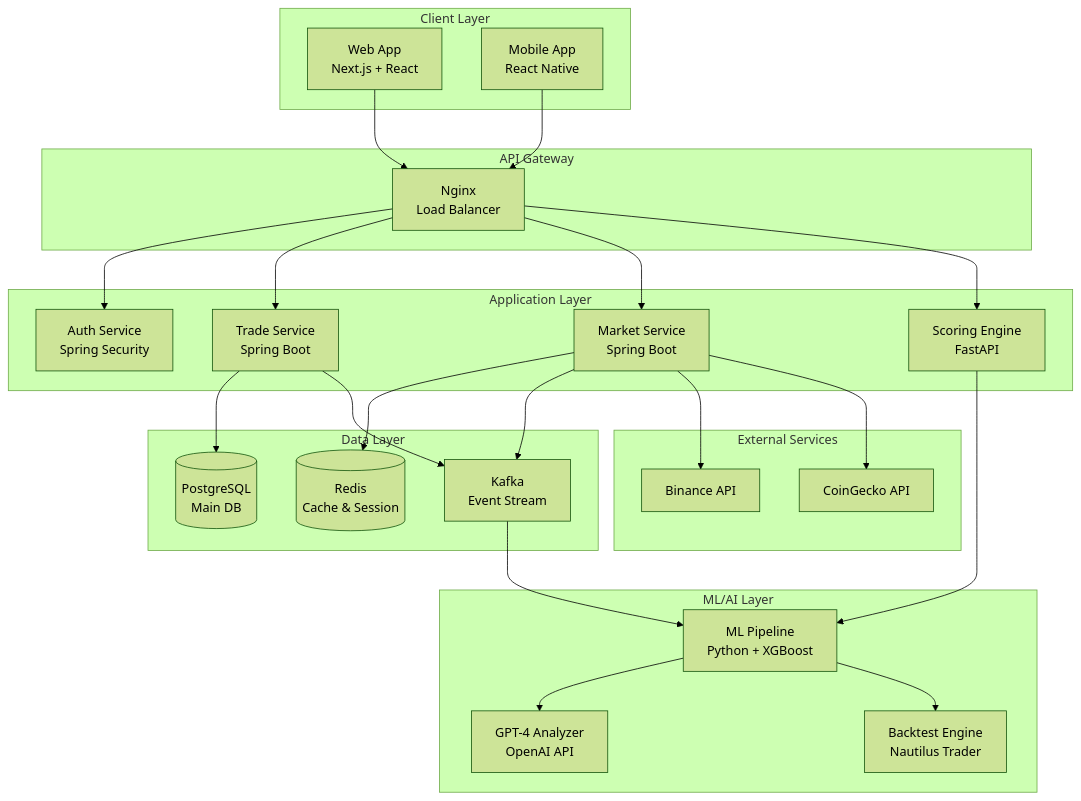
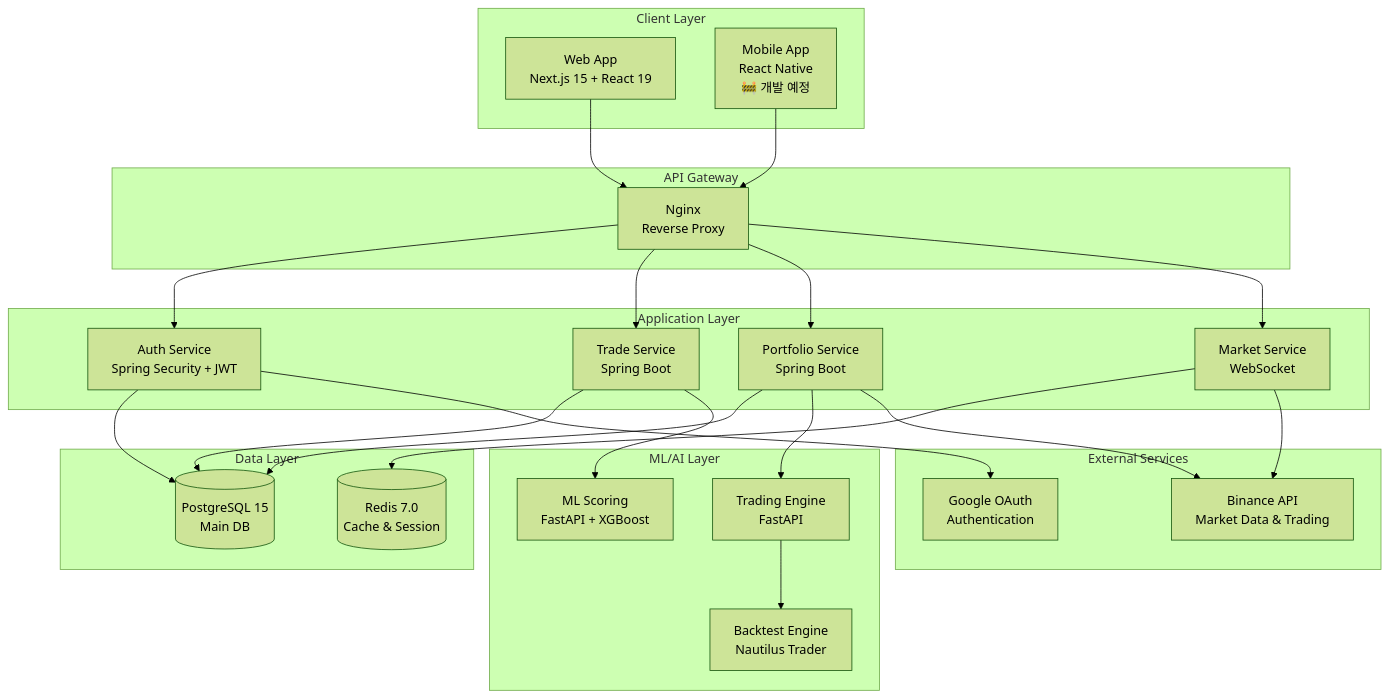
Before and after one commit to seolwon0522/coin_trading_journal: the first of 2 diagrams in README.md, drawn with Mermaid (forest theme). The commit also changed other lines of this file, not shown here.

First line of the commit message:
docs: JWT 인증 플로우 시각화 및 README 전면 개편

````diff
--- a/README.md
+++ b/README.md
@@ -96,55 +96,54 @@
 ```mermaid
 graph TB
     subgraph "Client Layer"
-        WEB[Web App<br/>Next.js + React]
-        MOBILE[Mobile App<br/>React Native]
+        WEB[Web App<br/>Next.js 15 + React 19]
+        MOBILE[Mobile App<br/>React Native<br/>🚧 개발 예정]
     end
     
     subgraph "API Gateway"
-        NGINX[Nginx<br/>Load Balancer]
+        NGINX[Nginx<br/>Reverse Proxy]
     end
     
     subgraph "Application Layer"
-        AUTH[Auth Service<br/>Spring Security]
+        AUTH[Auth Service<br/>Spring Security + JWT]
         TRADE[Trade Service<br/>Spring Boot]
-        MARKET[Market Service<br/>Spring Boot]
-        SCORING[Scoring Engine<br/>FastAPI]
+        PORTFOLIO[Portfolio Service<br/>Spring Boot]
+        MARKET[Market Service<br/>WebSocket]
     end
     
     subgraph "ML/AI Layer"
-        ML[ML Pipeline<br/>Python + XGBoost]
-        GPT[GPT-4 Analyzer<br/>OpenAI API]
+        SCORING[ML Scoring<br/>FastAPI + XGBoost]
+        TRADING[Trading Engine<br/>FastAPI]
         BACKTEST[Backtest Engine<br/>Nautilus Trader]
     end
     
     subgraph "Data Layer"
-        PG[(PostgreSQL<br/>Main DB)]
-        REDIS[(Redis<br/>Cache & Session)]
-        KAFKA[Kafka<br/>Event Stream]
+        PG[(PostgreSQL 15<br/>Main DB)]
+        REDIS[(Redis 7.0<br/>Cache & Session)]
     end
     
     subgraph "External Services"
-        BINANCE[Binance API]
-        COINGECKO[CoinGecko API]
+        BINANCE[Binance API<br/>Market Data & Trading]
+        GOOGLE[Google OAuth<br/>Authentication]
     end
     
     WEB --> NGINX
     MOBILE --> NGINX
     NGINX --> AUTH
     NGINX --> TRADE
+    NGINX --> PORTFOLIO
     NGINX --> MARKET
-    NGINX --> SCORING
     
     TRADE --> PG
+    PORTFOLIO --> PG
+    AUTH --> PG
     MARKET --> REDIS
-    SCORING --> ML
-    ML --> GPT
-    ML --> BACKTEST
     
-    TRADE --> KAFKA
-    MARKET --> KAFKA
-    KAFKA --> ML
+    TRADE --> SCORING
+    PORTFOLIO --> TRADING
+    TRADING --> BACKTEST
     
     MARKET --> BINANCE
-    MARKET --> COINGECKO
+    PORTFOLIO --> BINANCE
+    AUTH --> GOOGLE
 ```
````
